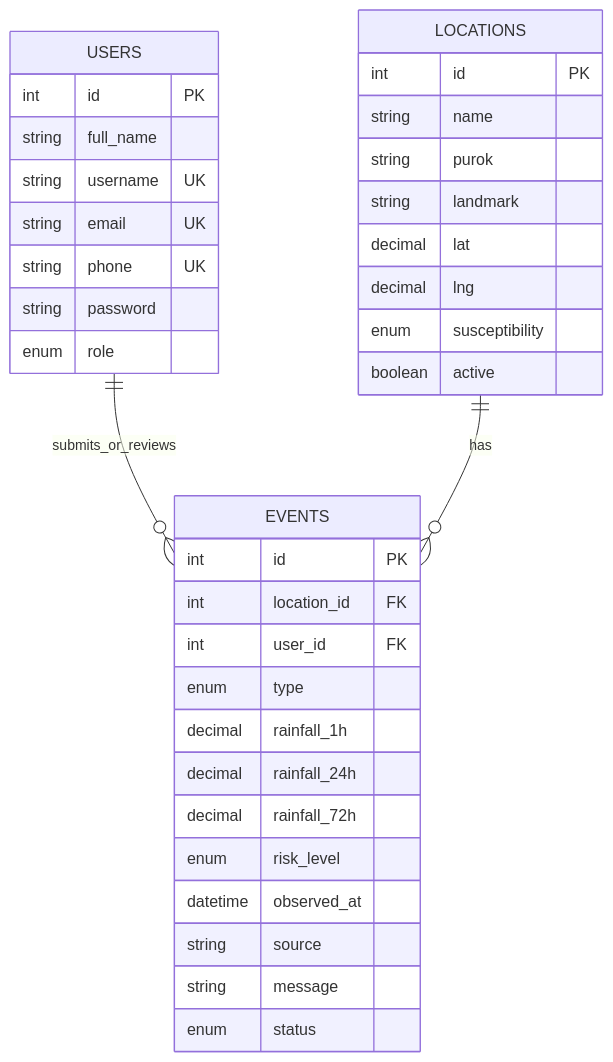
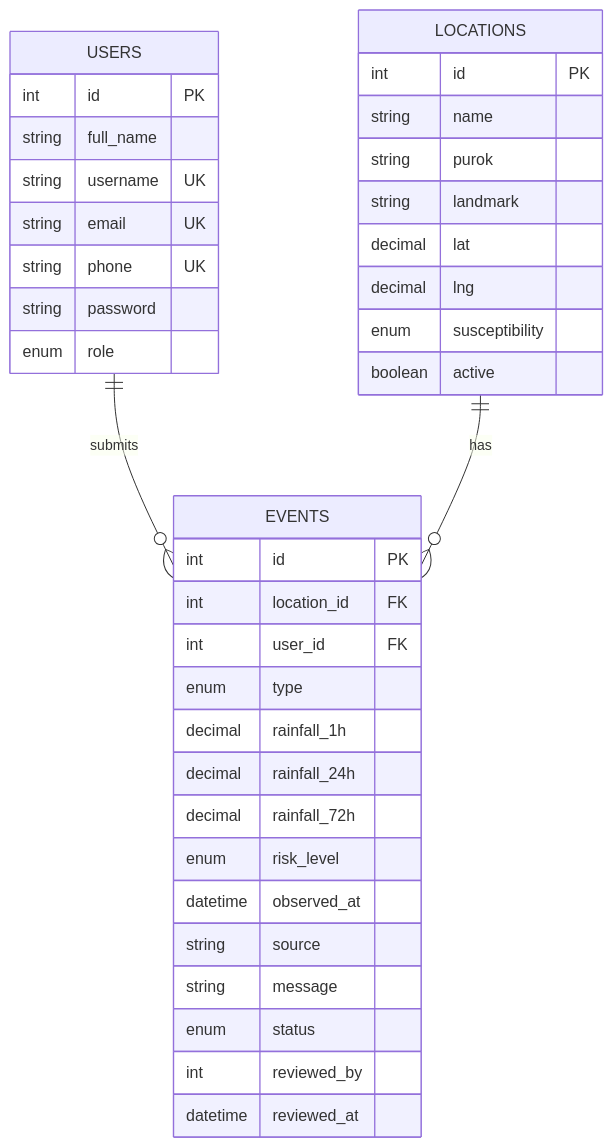
One commit to macJil/smartslope changed the diagram in docs/database.md. Above: the diagram before and after it, drawn with Mermaid. The commit also changed other lines of this file, not shown here.

Commit message:
Correct database ERD review metadata

````diff
--- a/docs/database.md
+++ b/docs/database.md
@@ -7,38 +7,40 @@
 ```mermaid
 erDiagram
-    USERS ||--o{ EVENTS : submits_or_reviews
+    USERS ||--o{ EVENTS : submits
     LOCATIONS ||--o{ EVENTS : has
     USERS {
         int id PK
         string full_name
         string username UK
         string email UK
         string phone UK
         string password
         enum role
     }
     LOCATIONS {
         int id PK
         string name
         string purok
         string landmark
         decimal lat
         decimal lng
         enum susceptibility
         boolean active
     }
     EVENTS {
         int id PK
         int location_id FK
         int user_id FK
         enum type
         decimal rainfall_1h
         decimal rainfall_24h
         decimal rainfall_72h
         enum risk_level
         datetime observed_at
         string source
         string message
         enum status
+        int reviewed_by
+        datetime reviewed_at
     }
 ```
````
